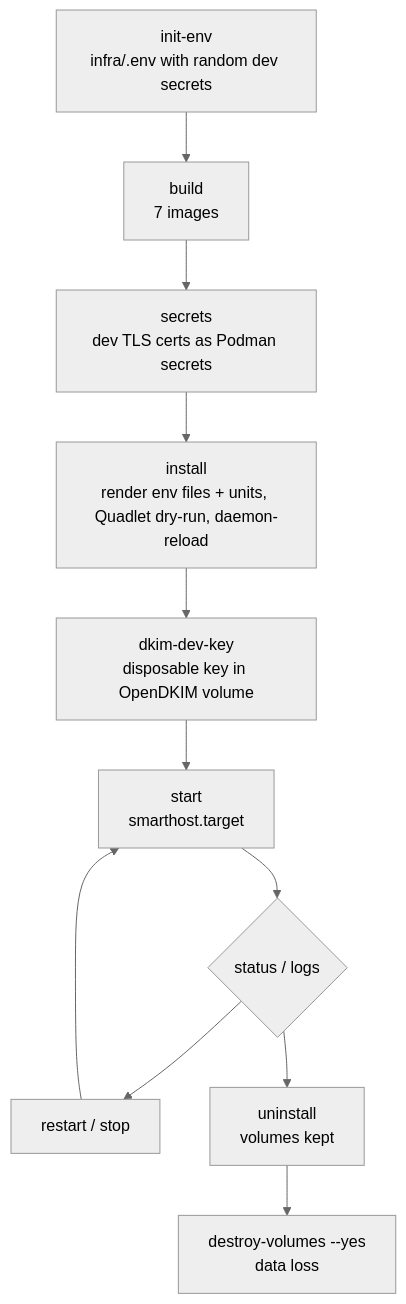
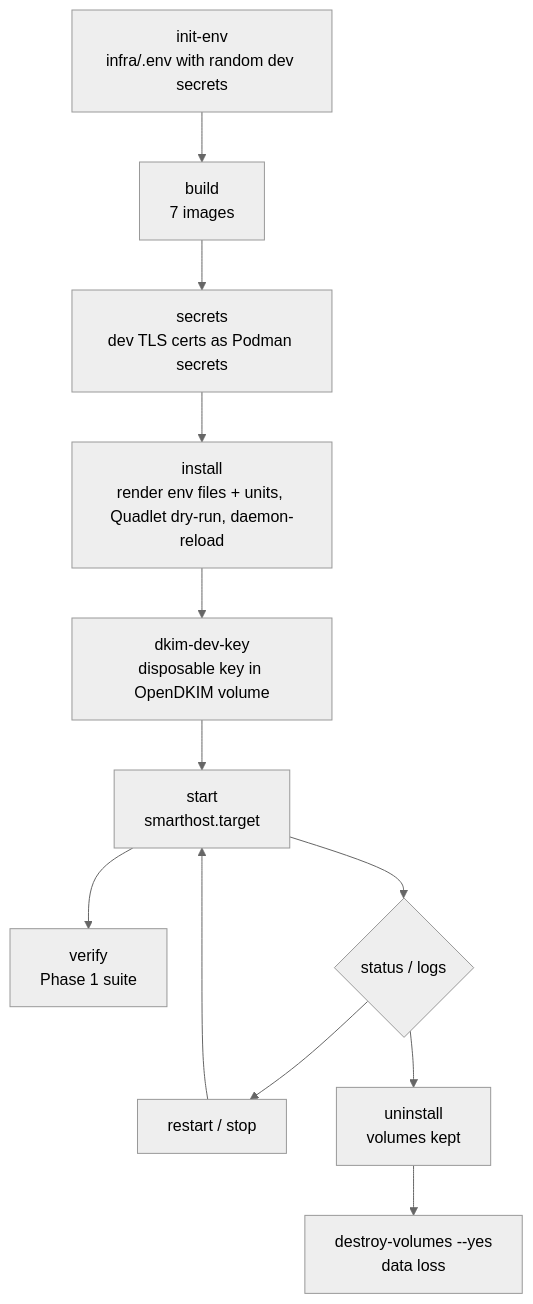
Before and after one commit to rrcatto/catto-mail: the diagram in docs/development-environment.md, drawn with Mermaid (neutral theme). The commit also changed other lines of this file and 33 other files, not shown here.

````diff
--- a/docs/development-environment.md
+++ b/docs/development-environment.md
@@ -30,13 +29,14 @@
 ```mermaid
 flowchart TD
     A[init-env<br/>infra/.env with random dev secrets] --> B[build<br/>7 images]
     B --> C[secrets<br/>dev TLS certs as Podman secrets]
     C --> D[install<br/>render env files + units, Quadlet dry-run, daemon-reload]
     D --> E[dkim-dev-key<br/>disposable key in OpenDKIM volume]
     E --> F[start<br/>smarthost.target]
+    F --> V[verify<br/>Phase 1 suite]
     F --> G{status / logs}
     G --> H[restart / stop]
     H --> F
     G --> I[uninstall<br/>volumes kept]
     I --> J[destroy-volumes --yes<br/>data loss]
 ```
````
